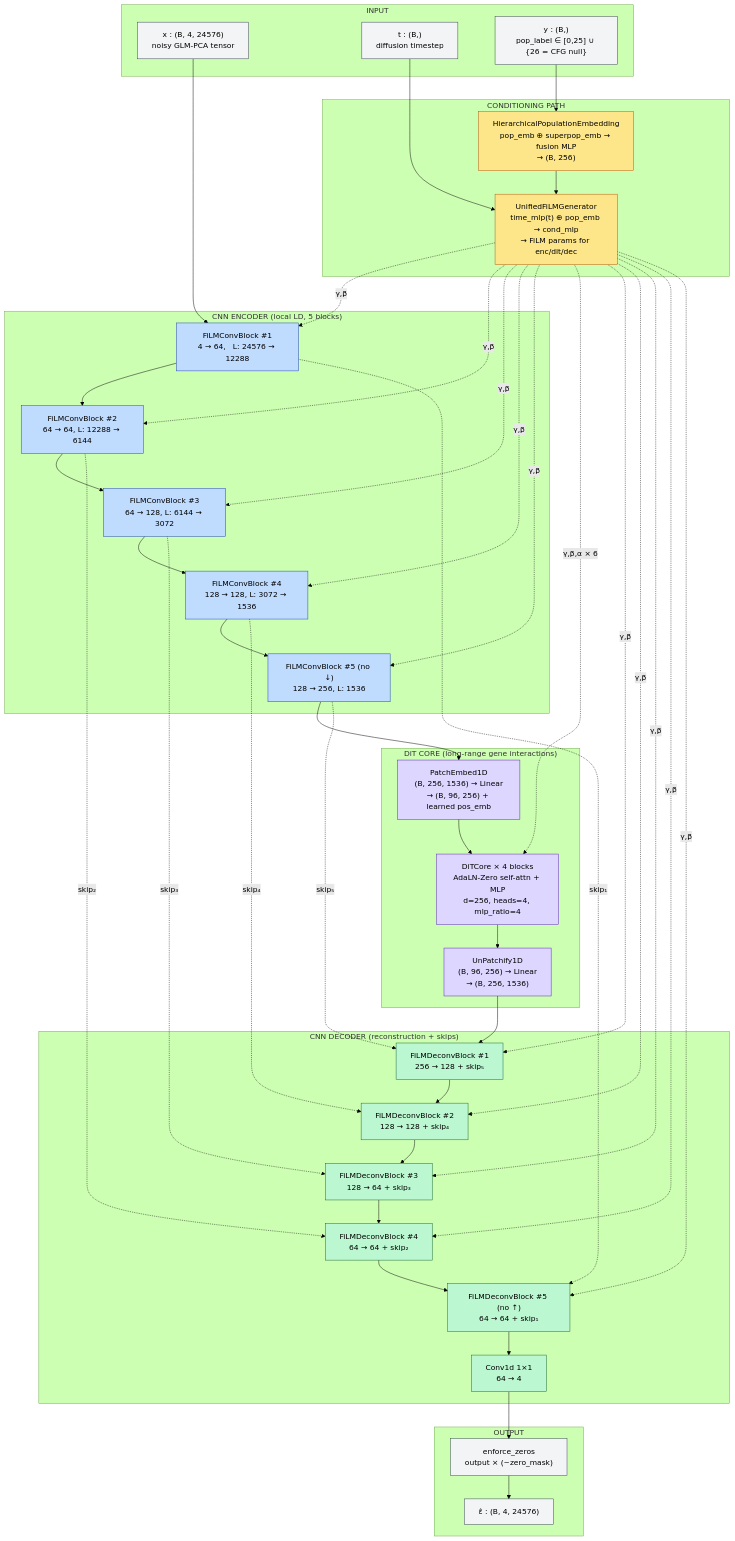
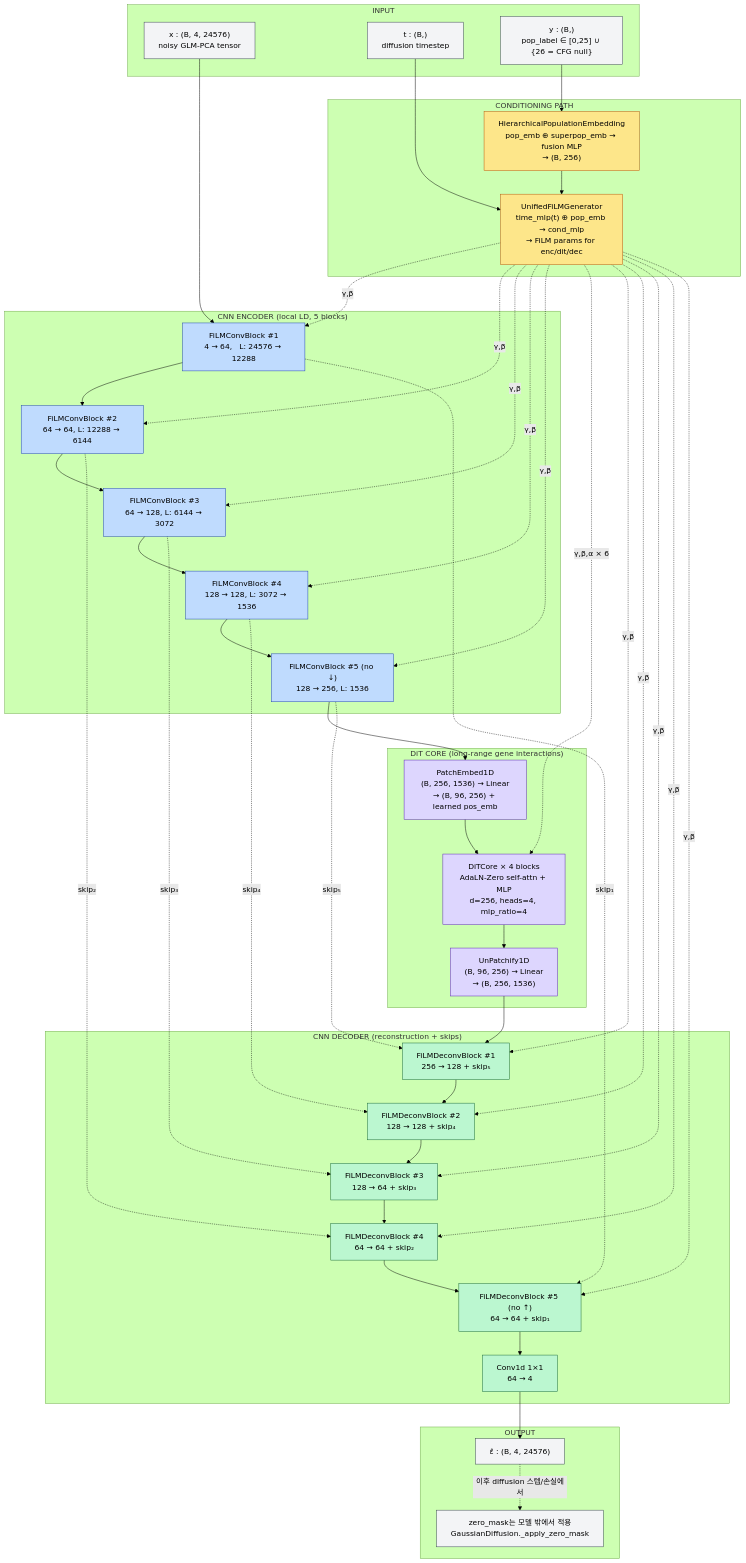
Before and after one commit to zongseung/gene-synthesis-project: the first of 8 diagrams in README.md, drawn with Mermaid (forest theme). The commit also changed other lines of this file and 1 other file, not shown here.

First line of the commit message:
docs: correct stale pipeline and architecture claims in CLAUDE.md and README

````diff
--- a/README.md
+++ b/README.md
@@ -132,76 +132,77 @@
 ```mermaid
 flowchart TD
     subgraph INPUT["INPUT"]
         X["x : (B, 4, 24576)<br/>noisy GLM-PCA tensor"]
         T["t : (B,)<br/>diffusion timestep"]
         Y["y : (B,)<br/>pop_label ∈ [0,25] ∪ {26 = CFG null}"]
     end
 
     subgraph COND["CONDITIONING PATH"]
         PE["HierarchicalPopulationEmbedding<br/>pop_emb ⊕ superpop_emb → fusion MLP<br/>→ (B, 256)"]
         FG["UnifiedFiLMGenerator<br/>time_mlp(t) ⊕ pop_emb → cond_mlp<br/>→ FiLM params for enc/dit/dec"]
     end
 
     subgraph ENC["CNN ENCODER  (local LD, 5 blocks)"]
         E1["FiLMConvBlock #1<br/>4 → 64,   L: 24576 → 12288"]
         E2["FiLMConvBlock #2<br/>64 → 64, L: 12288 → 6144"]
         E3["FiLMConvBlock #3<br/>64 → 128, L: 6144 → 3072"]
         E4["FiLMConvBlock #4<br/>128 → 128, L: 3072 → 1536"]
         E5["FiLMConvBlock #5 (no ↓)<br/>128 → 256, L: 1536"]
     end
 
     subgraph DITCORE["DiT CORE  (long-range gene interactions)"]
         P["PatchEmbed1D<br/>(B, 256, 1536) → Linear<br/>→ (B, 96, 256) + learned pos_emb"]
         D["DiTCore × 4 blocks<br/>AdaLN-Zero self-attn + MLP<br/>d=256, heads=4, mlp_ratio=4"]
         U["UnPatchify1D<br/>(B, 96, 256) → Linear<br/>→ (B, 256, 1536)"]
     end
 
     subgraph DEC["CNN DECODER  (reconstruction + skips)"]
         D1["FiLMDeconvBlock #1<br/>256 → 128 + skip₅"]
         D2["FiLMDeconvBlock #2<br/>128 → 128 + skip₄"]
         D3["FiLMDeconvBlock #3<br/>128 → 64 + skip₃"]
         D4["FiLMDeconvBlock #4<br/>64 → 64 + skip₂"]
         D5["FiLMDeconvBlock #5 (no ↑)<br/>64 → 64 + skip₁"]
         FC["Conv1d 1×1<br/>64 → 4"]
     end
 
     subgraph OUT["OUTPUT"]
-        Z["enforce_zeros<br/>output × (~zero_mask)"]
         OUTX["ε̂ : (B, 4, 24576)"]
+        Z["zero_mask는 모델 밖에서 적용<br/>GaussianDiffusion._apply_zero_mask"]
     end
 
-    X --> E1 --> E2 --> E3 --> E4 --> E5 --> P --> D --> U --> D1 --> D2 --> D3 --> D4 --> D5 --> FC --> Z --> OUTX
+    X --> E1 --> E2 --> E3 --> E4 --> E5 --> P --> D --> U --> D1 --> D2 --> D3 --> D4 --> D5 --> FC --> OUTX
+    OUTX -. 이후 diffusion 스텝/손실에서 .-> Z
 
     T --> FG
     Y --> PE --> FG
 
     FG -. γ,β .-> E1
     FG -. γ,β .-> E2
     FG -. γ,β .-> E3
     FG -. γ,β .-> E4
     FG -. γ,β .-> E5
     FG -. γ,β,α × 6 .-> D
     FG -. γ,β .-> D1
     FG -. γ,β .-> D2
     FG -. γ,β .-> D3
     FG -. γ,β .-> D4
     FG -. γ,β .-> D5
 
     E1 -. skip₁ .-> D5
     E2 -. skip₂ .-> D4
     E3 -. skip₃ .-> D3
     E4 -. skip₄ .-> D2
     E5 -. skip₅ .-> D1
 
     classDef cond fill:#fde68a,stroke:#b45309,color:#000
     classDef enc  fill:#bfdbfe,stroke:#1e40af,color:#000
     classDef dit  fill:#ddd6fe,stroke:#5b21b6,color:#000
     classDef dec  fill:#bbf7d0,stroke:#166534,color:#000
     classDef io   fill:#f3f4f6,stroke:#374151,color:#000
 
     class PE,FG cond
     class E1,E2,E3,E4,E5 enc
     class P,D,U dit
     class D1,D2,D3,D4,D5,FC dec
     class X,T,Y,Z,OUTX io
 ```
````
